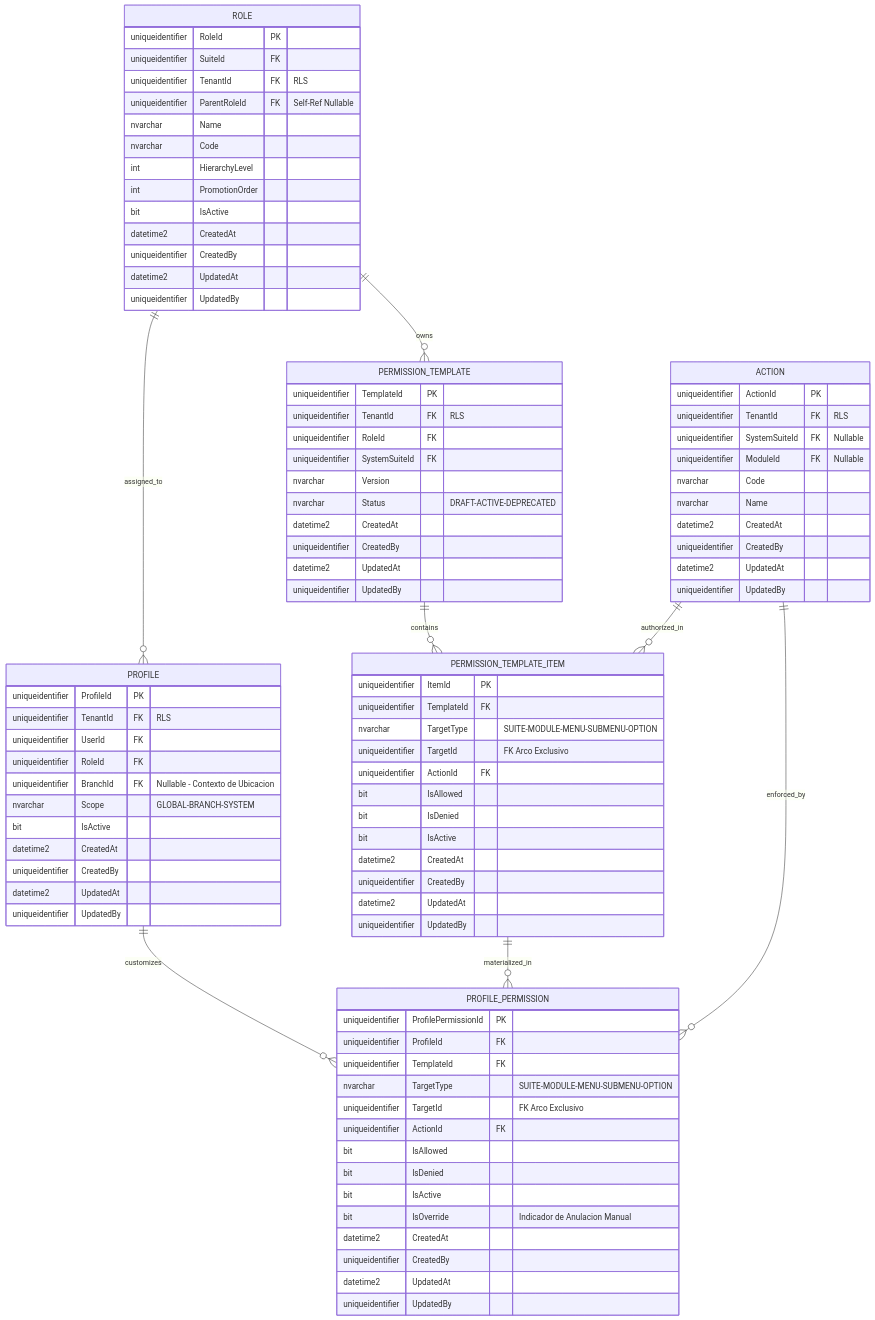
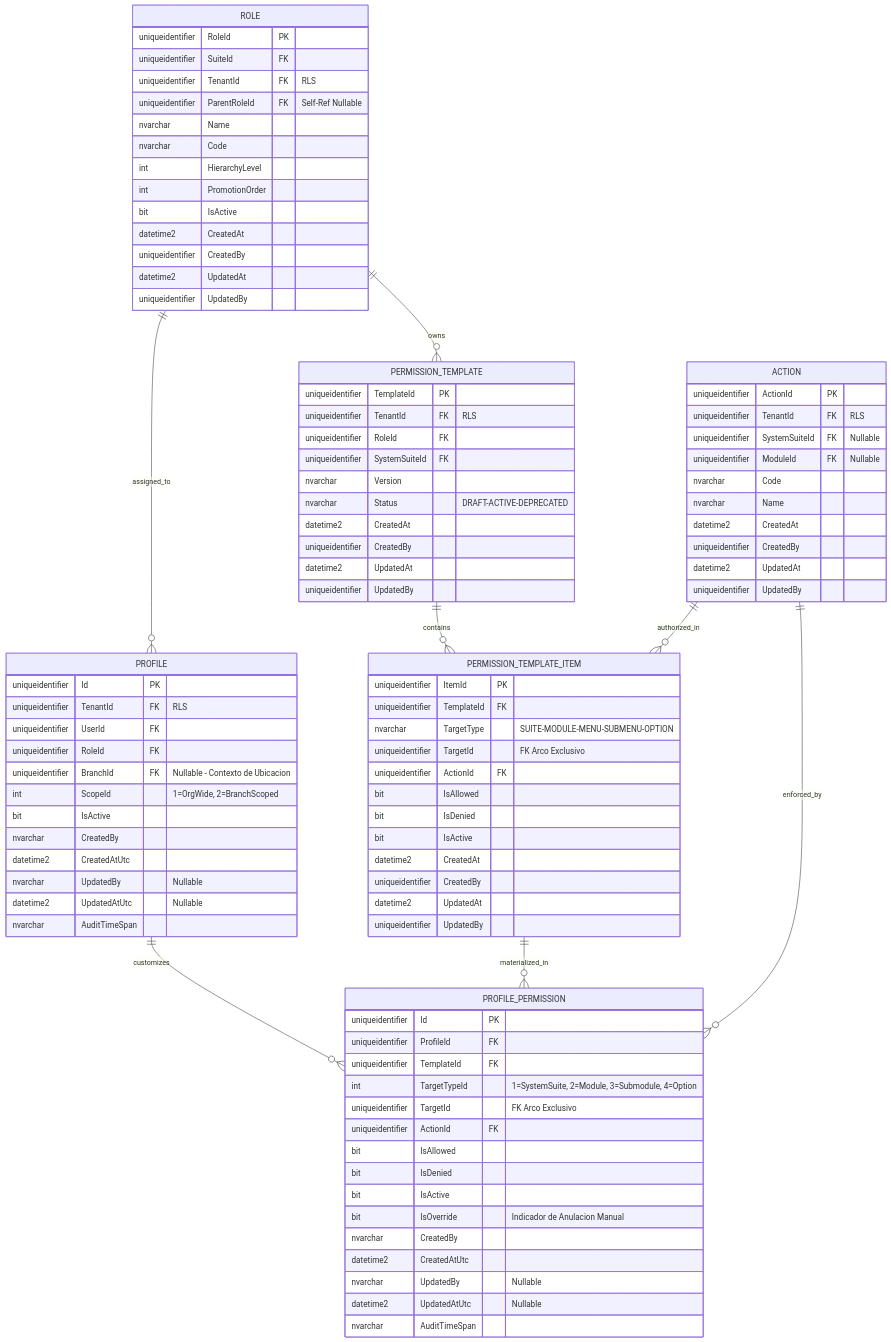
One commit to beyondnetcode/ums changed the second of 5 diagrams in docs/architecture/blueprints-es/database-design-er.md. Above: the diagram before and after it, drawn with Mermaid. The commit also changed other lines of this file and 19 other files, not shown here.

````diff
--- a/docs/architecture/blueprints-es/database-design-er.md
+++ b/docs/architecture/blueprints-es/database-design-er.md
@@ -157,33 +158,35 @@
     }
 
     PROFILE {
-        uniqueidentifier ProfileId PK
+        uniqueidentifier Id PK
         uniqueidentifier TenantId FK "RLS"
         uniqueidentifier UserId FK
         uniqueidentifier RoleId FK
         uniqueidentifier BranchId FK "Nullable - Contexto de Ubicacion"
-        nvarchar Scope "GLOBAL-BRANCH-SYSTEM"
+        int ScopeId "1=OrgWide, 2=BranchScoped"
         bit IsActive
-        datetime2 CreatedAt
-        uniqueidentifier CreatedBy
-        datetime2 UpdatedAt
-        uniqueidentifier UpdatedBy
+        nvarchar CreatedBy
+        datetime2 CreatedAtUtc
+        nvarchar UpdatedBy "Nullable"
+        datetime2 UpdatedAtUtc "Nullable"
+        nvarchar AuditTimeSpan
     }
 
     PROFILE_PERMISSION {
-        uniqueidentifier ProfilePermissionId PK
+        uniqueidentifier Id PK
         uniqueidentifier ProfileId FK
         uniqueidentifier TemplateId FK
-        nvarchar TargetType "SUITE-MODULE-MENU-SUBMENU-OPTION"
+        int TargetTypeId "1=SystemSuite, 2=Module, 3=Submodule, 4=Option"
         uniqueidentifier TargetId "FK Arco Exclusivo"
         uniqueidentifier ActionId FK
         bit IsAllowed
         bit IsDenied
         bit IsActive
         bit IsOverride "Indicador de Anulacion Manual"
-        datetime2 CreatedAt
-        uniqueidentifier CreatedBy
-        datetime2 UpdatedAt
-        uniqueidentifier UpdatedBy
+        nvarchar CreatedBy
+        datetime2 CreatedAtUtc
+        nvarchar UpdatedBy "Nullable"
+        datetime2 UpdatedAtUtc "Nullable"
+        nvarchar AuditTimeSpan
     }
 ```
````
